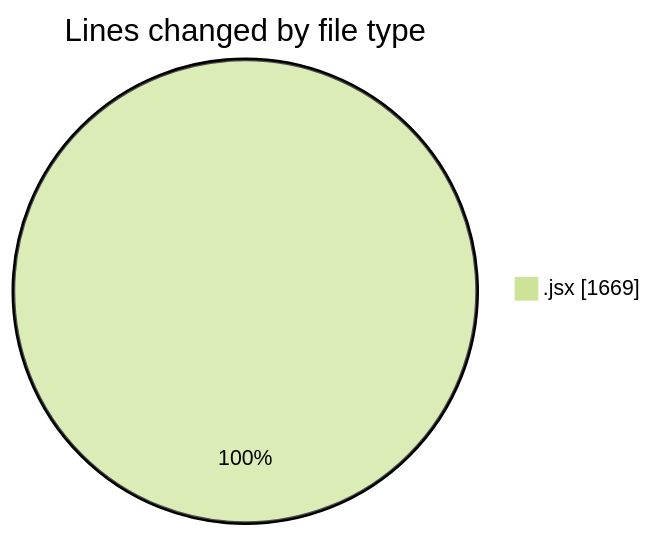
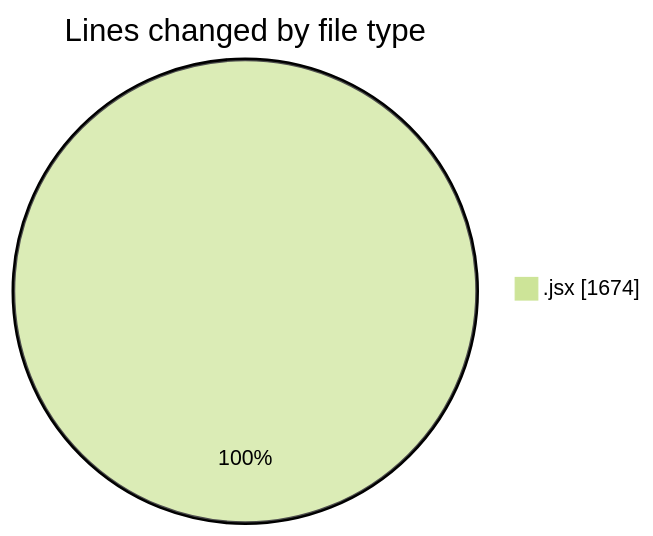
The first of 2 diagrams in 2025-06-14/nxtqube_webapp/README.md (nxtqubesakshisongat/code-tracking), drawn with Mermaid (forest theme) before and after one commit. The commit also changed other lines of this file and 1 other file, not shown here.

````diff
--- a/2025-06-14/nxtqube_webapp/README.md
+++ b/2025-06-14/nxtqube_webapp/README.md
@@ -22,5 +22,5 @@
 ```mermaid
 pie showData
 title Lines changed by file type
-".jsx" : 1669
+".jsx" : 1674
 ```
````
